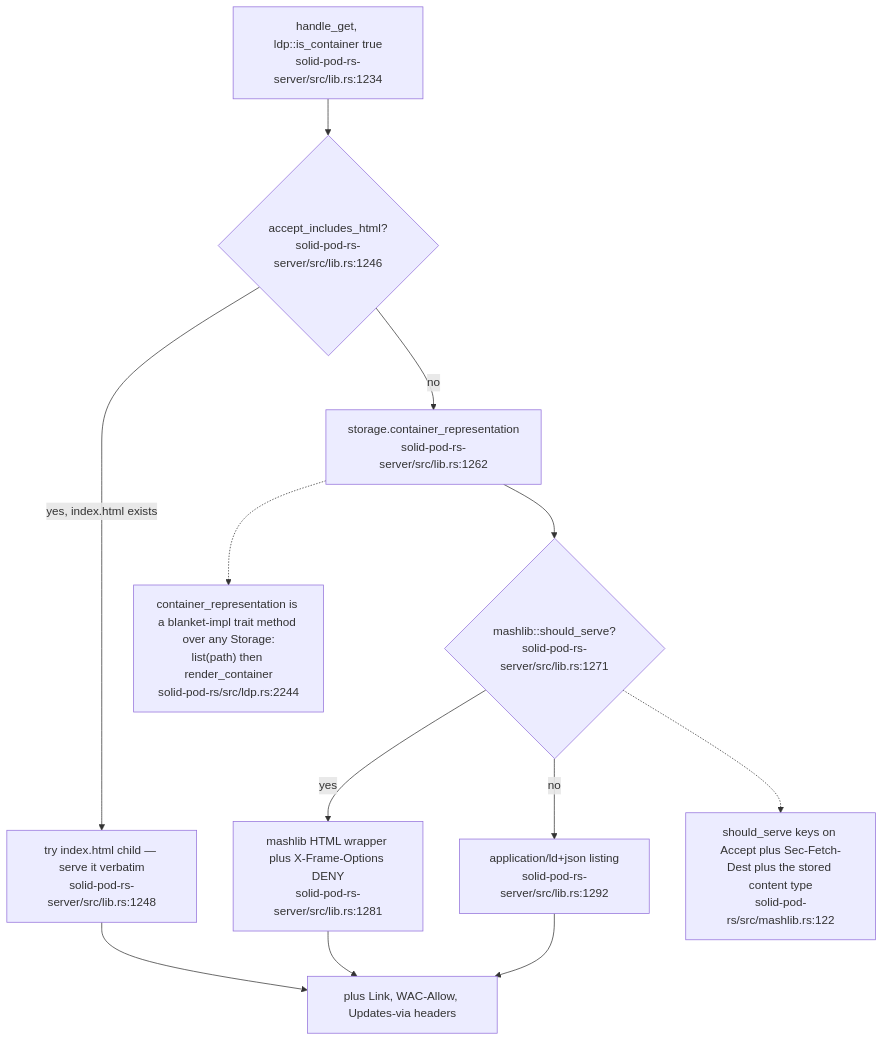
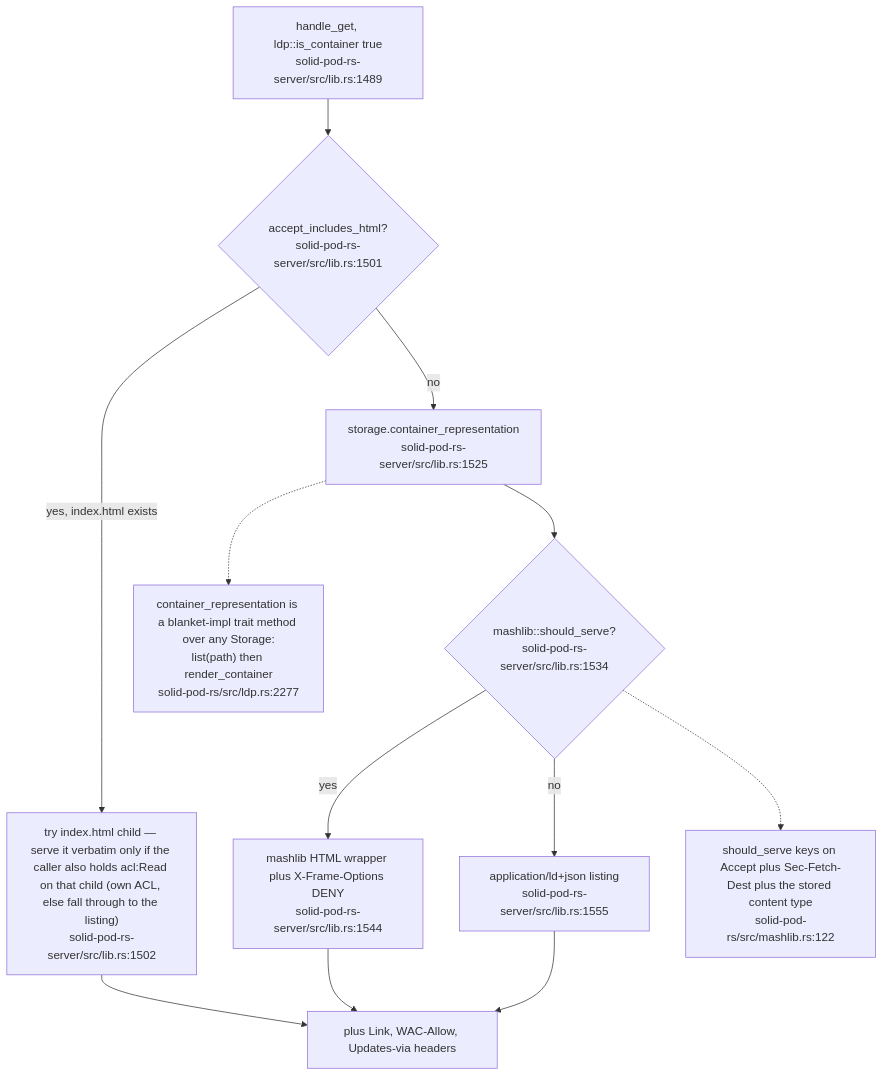
One commit to DreamLab-AI/VisionFlow changed the second of 11 diagrams in docs/diagrams/solid-pod-rs/03-ldp-request-lifecycle.md. Above: the diagram before and after it, drawn with Mermaid. The commit also changed other lines of this file and 160 other files, not shown here.

````diff
--- a/docs/diagrams/solid-pod-rs/03-ldp-request-lifecycle.md
+++ b/docs/diagrams/solid-pod-rs/03-ldp-request-lifecycle.md
@@ -54,24 +57,24 @@
 ```mermaid
 flowchart TD
-    START["handle_get, ldp::is_container true<br/>solid-pod-rs-server/src/lib.rs:1234"]
-    HTML{"accept_includes_html?<br/>solid-pod-rs-server/src/lib.rs:1246"}
-    IDX["try index.html child — serve it verbatim<br/>solid-pod-rs-server/src/lib.rs:1248"]
-    REP["storage.container_representation<br/>solid-pod-rs-server/src/lib.rs:1262"]
-    MASH{"mashlib::should_serve?<br/>solid-pod-rs-server/src/lib.rs:1271"}
-    MHTML["mashlib HTML wrapper plus X-Frame-Options DENY<br/>solid-pod-rs-server/src/lib.rs:1281"]
-    JSONLD["application/ld+json listing<br/>solid-pod-rs-server/src/lib.rs:1292"]
+    START["handle_get, ldp::is_container true<br/>solid-pod-rs-server/src/lib.rs:1489"]
+    HTML{"accept_includes_html?<br/>solid-pod-rs-server/src/lib.rs:1501"}
+    IDX["try index.html child — serve it verbatim only if the caller also holds acl:Read on that child (own ACL, else fall through to the listing)<br/>solid-pod-rs-server/src/lib.rs:1502"]
+    REP["storage.container_representation<br/>solid-pod-rs-server/src/lib.rs:1525"]
+    MASH{"mashlib::should_serve?<br/>solid-pod-rs-server/src/lib.rs:1534"}
+    MHTML["mashlib HTML wrapper plus X-Frame-Options DENY<br/>solid-pod-rs-server/src/lib.rs:1544"]
+    JSONLD["application/ld+json listing<br/>solid-pod-rs-server/src/lib.rs:1555"]
     DONE["plus Link, WAC-Allow, Updates-via headers"]
 
     START --> HTML
     HTML -- "yes, index.html exists" --> IDX
     HTML -- no --> REP
     IDX --> DONE
     REP --> MASH
     MASH -- yes --> MHTML --> DONE
     MASH -- no --> JSONLD --> DONE
 
-    N["container_representation is a blanket-impl trait method over any Storage:<br/>list(path) then render_container<br/>solid-pod-rs/src/ldp.rs:2244"]
+    N["container_representation is a blanket-impl trait method over any Storage:<br/>list(path) then render_container<br/>solid-pod-rs/src/ldp.rs:2277"]
     REP -.-> N
     N2["should_serve keys on Accept plus Sec-Fetch-Dest plus the stored content type<br/>solid-pod-rs/src/mashlib.rs:122"]
     MASH -.-> N2
 ```
````
